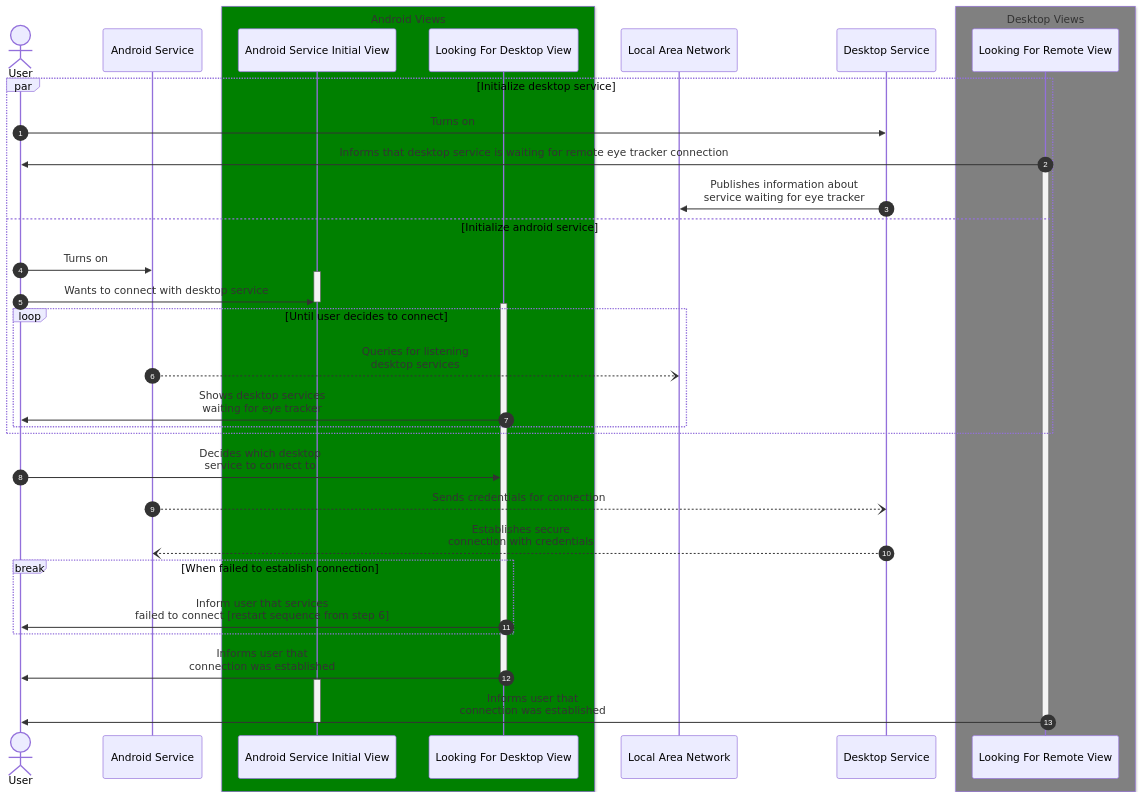
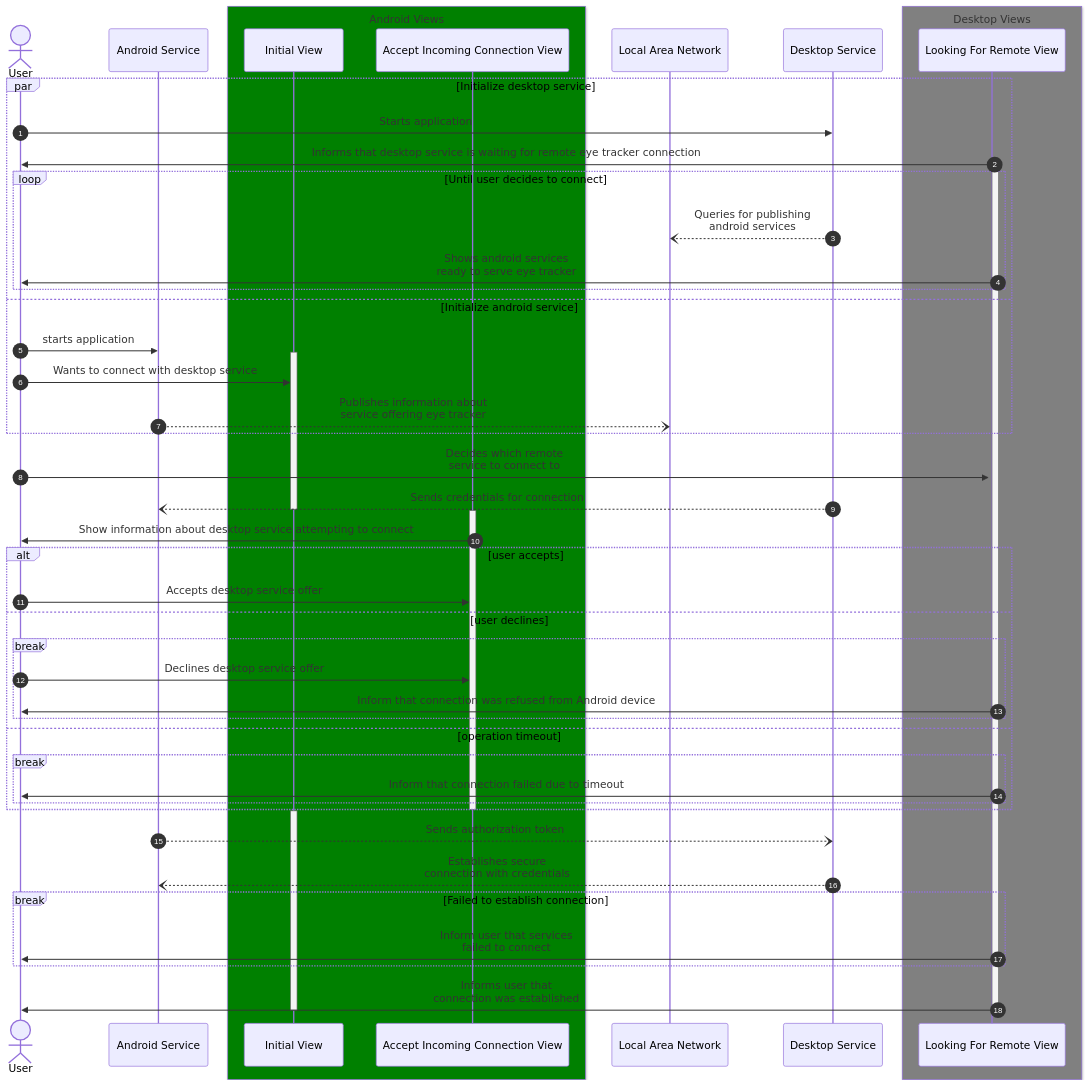
The first of 2 diagrams in Diagrams.md (Inseye/Inseye-Remote-Connector-Documentation), drawn with Mermaid before and after one commit.

Commit message:
refined system initialization

````diff
--- a/Diagrams.md
+++ b/Diagrams.md
@@ -13,47 +13,60 @@
 ```mermaid
 sequenceDiagram
 autonumber
 actor User
 participant Android Service
 box Green Android Views
-participant Android Service Initial View
-participant Looking For Desktop View
+participant Initial View
+participant Accept Incoming Connection View
 end
 participant Local Area Network
 participant Desktop Service
 box Gray Desktop Views
 participant Looking For Remote View
 end
 
 par Initialize desktop service
-    User ->> Desktop Service: Turns on
+    User ->> Desktop Service: Starts application
+    activate Looking For Remote View
     Looking For Remote View ->> User: Informs that desktop service is waiting for remote eye tracker connection
     activate Looking For Remote View
-    Desktop Service ->> Local Area Network: Publishes information about<br/>service waiting for eye tracker
+    loop Until user decides to connect
+        Desktop Service --) Local Area Network: Queries for publishing<br/> android services
+        Looking For Remote View ->> User: Shows android services<br/>ready to serve eye tracker
+    end
 and Initialize android service 
-    User ->> Android Service: Turns on
-    activate Android Service Initial View
-    User ->> Android Service Initial View: Wants to connect with desktop service
-    deactivate Android Service Initial View
-    activate Looking For Desktop View
-    loop Until user decides to connect
-        Android Service --) Local Area Network: Queries for listening<br/> desktop services
-        Looking For Desktop View ->> User: Shows desktop services<br/>waiting for eye tracker
+    User ->> Android Service: starts application
+    activate Initial View
+    User ->> Initial View: Wants to connect with desktop service
+    Android Service --) Local Area Network: Publishes information about<br/>service offering eye tracker
+end
+
+User ->> Looking For Remote View: Decides which remote<br/>service to connect to
+Desktop Service --) Android Service: Sends credentials for connection
+deactivate Initial View
+activate Accept Incoming Connection View
+Accept Incoming Connection View ->> User: Show information about desktop service attempting to connect
+alt user accepts
+    User ->> Accept Incoming Connection View: Accepts desktop service offer
+else user declines
+    break
+        User ->> Accept Incoming Connection View: Declines desktop service offer
+        Looking For Remote View ->> User: Inform that connection was refused from Android device
+    end 
+else operation timeout 
+    break
+        Looking For Remote View ->> User: Inform that connection failed due to timeout
     end
 end
 
-User ->> Looking For Desktop View: Decides which desktop<br/>service to connect to
-
-Android Service --) Desktop Service: Sends credentials for connection
+deactivate Accept Incoming Connection View
+activate Initial View
+Android Service --) Desktop Service: Sends authorization token
 Desktop Service --) Android Service: Establishes secure<br/>connection with credentials
-break When failed to establish connection
-Looking For Desktop View ->> User: Inform user that services<br/>failed to connect [restart sequence from step 6]
+break Failed to establish connection
+Looking For Remote View ->> User: Inform user that services<br/>failed to connect
 end
-Looking For Desktop View ->> User: Informs user that<br/>connection was established
-
-deactivate Looking For Desktop View
-activate Android Service Initial View
 Looking For Remote View ->> User: Informs user that<br/>connection was established
-deactivate Android Service Initial View
+deactivate Initial View
 deactivate Looking For Remote View
 ```
````
